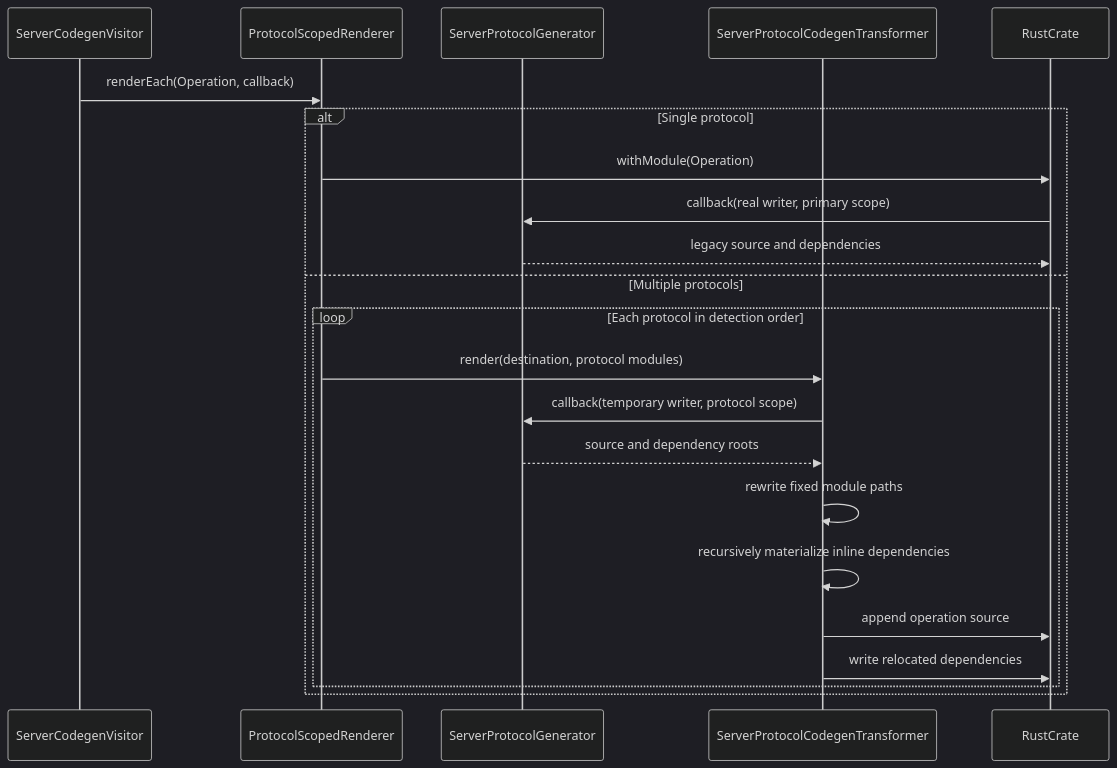
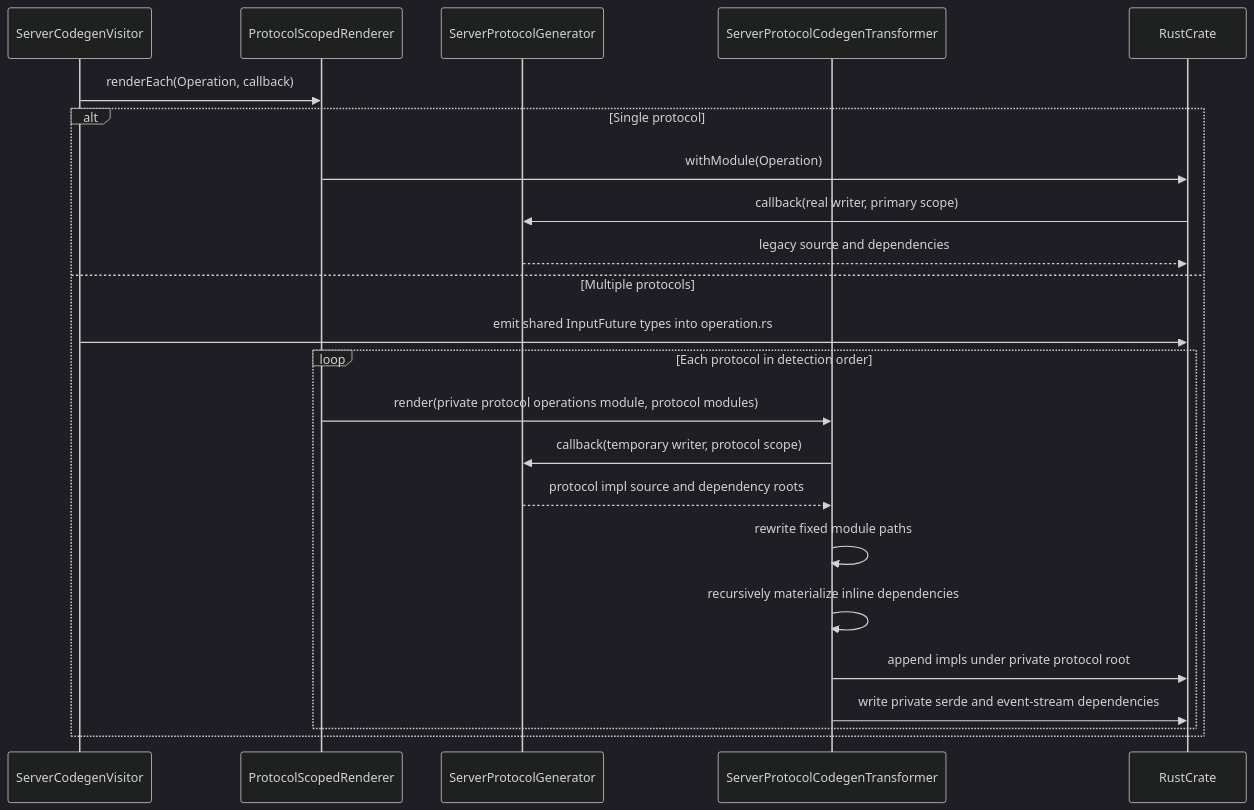
One commit to smithy-lang/smithy-rs changed the second of 3 diagrams in design/src/server/multi_protocol_codegen.md. Above: the diagram before and after it, drawn with Mermaid (dark theme). The commit also changed other lines of this file and 12 other files, not shown here.

Commit message:
Make modules private

````diff
--- a/design/src/server/multi_protocol_codegen.md
+++ b/design/src/server/multi_protocol_codegen.md
@@ -161,26 +172,27 @@
 ```mermaid
 sequenceDiagram
     participant V as ServerCodegenVisitor
     participant R as ProtocolScopedRenderer
     participant G as ServerProtocolGenerator
     participant T as ServerProtocolCodegenTransformer
     participant C as RustCrate
 
     V->>R: renderEach(Operation, callback)
 
     alt Single protocol
         R->>C: withModule(Operation)
         C->>G: callback(real writer, primary scope)
         G-->>C: legacy source and dependencies
     else Multiple protocols
+        V->>C: emit shared InputFuture types into operation.rs
         loop Each protocol in detection order
-            R->>T: render(destination, protocol modules)
+            R->>T: render(private protocol operations module, protocol modules)
             T->>G: callback(temporary writer, protocol scope)
-            G-->>T: source and dependency roots
+            G-->>T: protocol impl source and dependency roots
             T->>T: rewrite fixed module paths
             T->>T: recursively materialize inline dependencies
-            T->>C: append operation source
-            T->>C: write relocated dependencies
+            T->>C: append impls under private protocol root
+            T->>C: write private serde and event-stream dependencies
         end
     end
 ```
````
